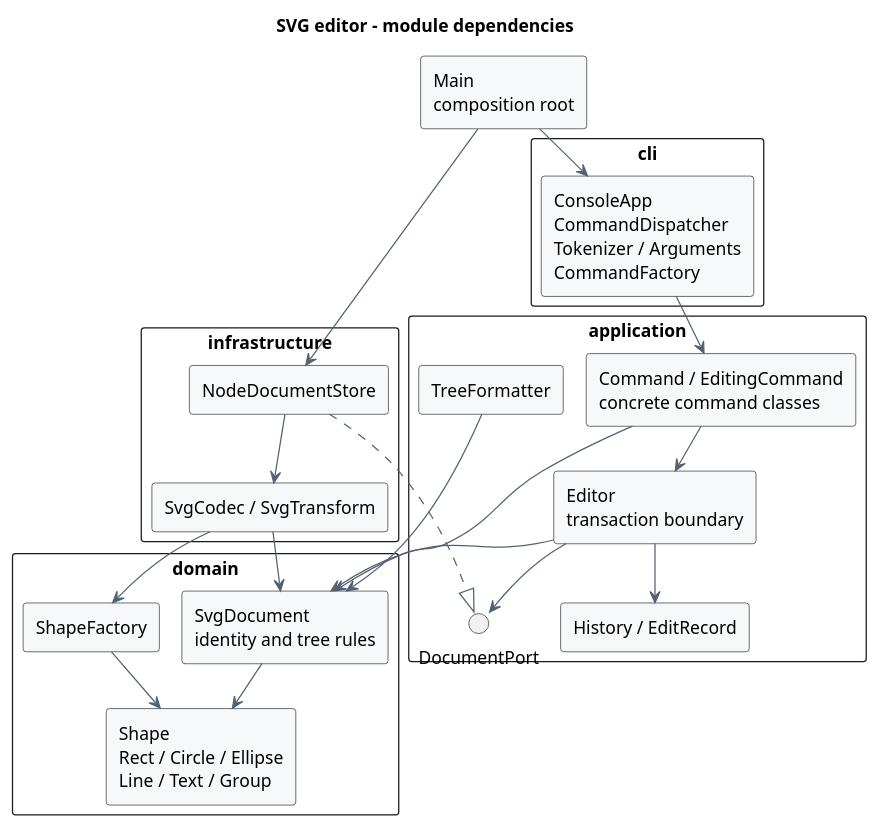
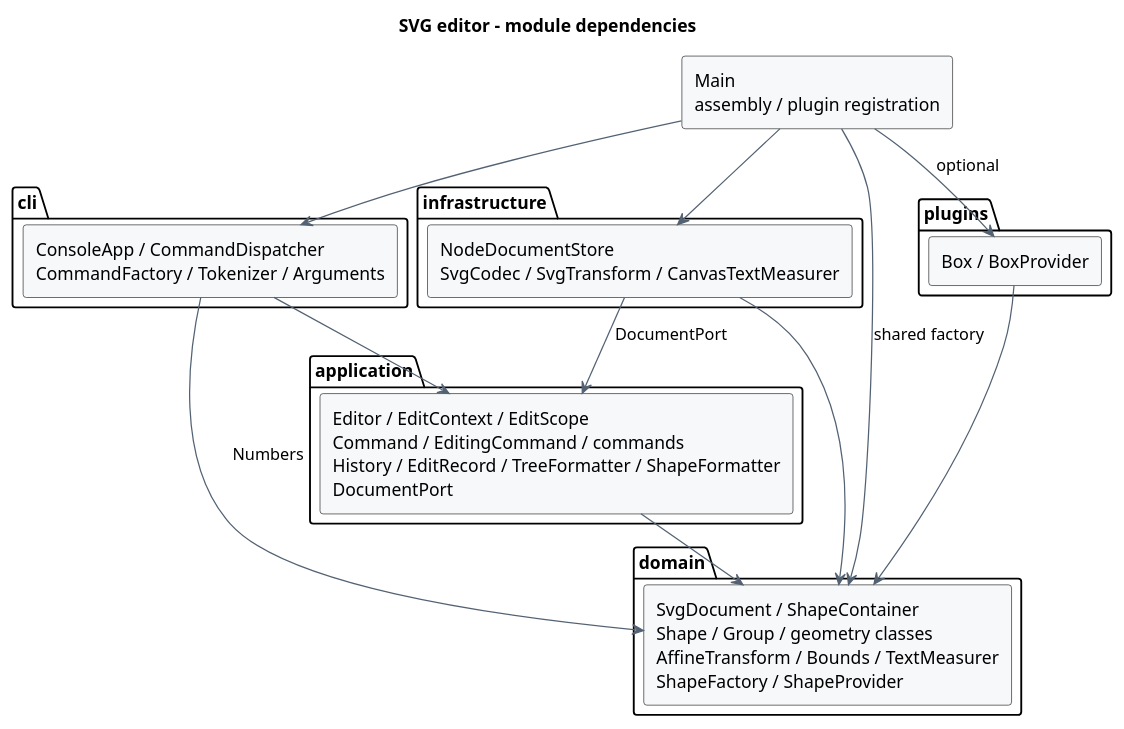
Before and after one commit to qingyvz/software-design-svg-editor: the diagram in doc/architecture.puml, drawn with PlantUML. The commit also changed 5 other files, not shown here.

Commit message:
同步评审修复文档、架构图与扩展示例

```diff
--- a/doc/architecture.puml
+++ b/doc/architecture.puml
@@ -1,47 +1,37 @@
 @startuml
 !pragma layout smetana
 skinparam componentStyle rectangle
 skinparam shadowing false
 skinparam defaultFontName SansSerif
-skinparam packageStyle rectangle
 skinparam ArrowColor #536273
 skinparam componentBackgroundColor #F6F8FA
 skinparam packageBackgroundColor #FFFFFF
+top to bottom direction
 title SVG editor - module dependencies
-top to bottom direction
-component "Main\ncomposition root" as Main
+component "Main\nassembly / plugin registration" as Main
 package cli {
-  component "ConsoleApp\nCommandDispatcher\nTokenizer / Arguments\nCommandFactory" as CLI
+  component "ConsoleApp / CommandDispatcher\nCommandFactory / Tokenizer / Arguments" as CLI
 }
 package application {
-  component "Command / EditingCommand\nconcrete command classes" as Commands
-  component "Editor\ntransaction boundary" as Editor
-  component "History / EditRecord" as History
-  interface DocumentPort
-  component TreeFormatter
+  component "Editor / EditContext / EditScope\nCommand / EditingCommand / commands\nHistory / EditRecord / TreeFormatter / ShapeFormatter\nDocumentPort" as App
+}
+package infrastructure {
+  component "NodeDocumentStore\nSvgCodec / SvgTransform / CanvasTextMeasurer" as Infra
 }
 package domain {
-  component "SvgDocument\nidentity and tree rules" as Doc
-  component "Shape\nRect / Circle / Ellipse\nLine / Text / Group" as Shapes
-  component "ShapeFactory" as Factory
+  component "SvgDocument / ShapeContainer\nShape / Group / geometry classes\nAffineTransform / Bounds / TextMeasurer\nShapeFactory / ShapeProvider" as Domain
 }
-package infrastructure {
-  component NodeDocumentStore as Store
-  component "SvgCodec / SvgTransform" as Codec
+package plugins {
+  component "Box / BoxProvider" as Plugin
 }
 Main --> CLI
-Main --> Store
-CLI --> Commands
-Commands --> Editor
-Editor --> History
-Editor --> DocumentPort
-Editor --> Doc
-Commands --> Doc
-TreeFormatter --> Doc
-Doc --> Shapes
-Factory --> Shapes
-Store ..|> DocumentPort
-Store --> Codec
-Codec --> Doc
-Codec --> Factory
+Main --> Infra
+Main --> Domain : shared factory
+Main --> Plugin : optional
+CLI --> App
+CLI --> Domain : Numbers
+Infra --> App : DocumentPort
+Infra --> Domain
+App --> Domain
+Plugin --> Domain
 @enduml
```
